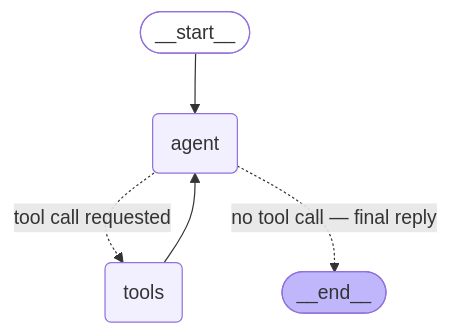
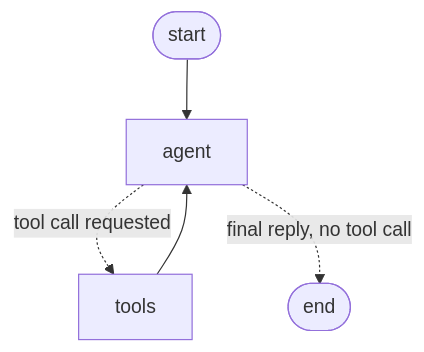
Before and after one commit to manojkumargudge/healthcare-crm: the second of 2 diagrams in README.md, drawn with Mermaid. The commit also changed other lines of this file and 2 other files, not shown here.

````diff
--- a/README.md
+++ b/README.md
@@ -92,14 +75,7 @@
 ```mermaid
-graph TD;
-    __start__([__start__]):::first
-    agent(agent)
-    tools(tools)
-    __end__([__end__]):::last
-    __start__ --> agent;
-    tools --> agent;
-    agent -.->|tool call requested| tools;
-    agent -.->|no tool call — final reply| __end__;
-    classDef default fill:#f2f0ff,line-height:1.2
-    classDef first fill-opacity:0
-    classDef last fill:#bfb6fc
+graph TD
+    start([start]) --> agent
+    agent -. "tool call requested" .-> tools
+    tools --> agent
+    agent -. "final reply, no tool call" .-> finish([end])
 ```
````
